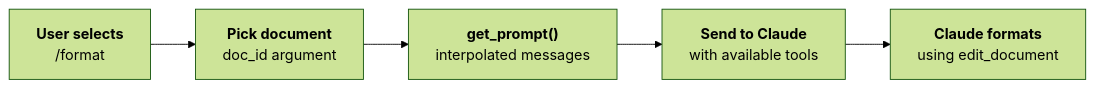
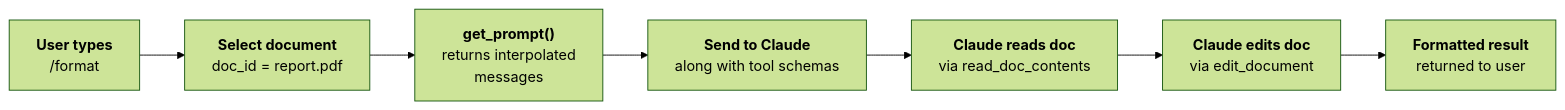
Before and after one commit to shreyabaid007/Claude-Certified-Architect: diagram 11 of 12 in 02-Building-with-the-Claude-API/07-Model-Context-Protocol.md, drawn with Mermaid (forest theme). The commit also changed other lines of this file, not shown here.

````diff
--- a/02-Building-with-the-Claude-API/07-Model-Context-Protocol.md
+++ b/02-Building-with-the-Claude-API/07-Model-Context-Protocol.md
@@ -488,7 +580,9 @@
 ```mermaid
 flowchart LR
-    A["<b>User selects</b><br/>/format"] --> B["<b>Pick document</b><br/>doc_id argument"]
-    B --> C["<b>get_prompt()</b><br/>interpolated messages"]
-    C --> D["<b>Send to Claude</b><br/>with available tools"]
-    D --> E["<b>Claude formats</b><br/>using edit_document"]
+    A["<b>User types</b><br/>/format"] --> B["<b>Select document</b><br/>doc_id = report.pdf"]
+    B --> C["<b>get_prompt()</b><br/>returns interpolated<br/>messages"]
+    C --> D["<b>Send to Claude</b><br/>along with tool schemas"]
+    D --> E["<b>Claude reads doc</b><br/>via read_doc_contents"]
+    E --> F["<b>Claude edits doc</b><br/>via edit_document"]
+    F --> G["<b>Formatted result</b><br/>returned to user"]
 ```
````
